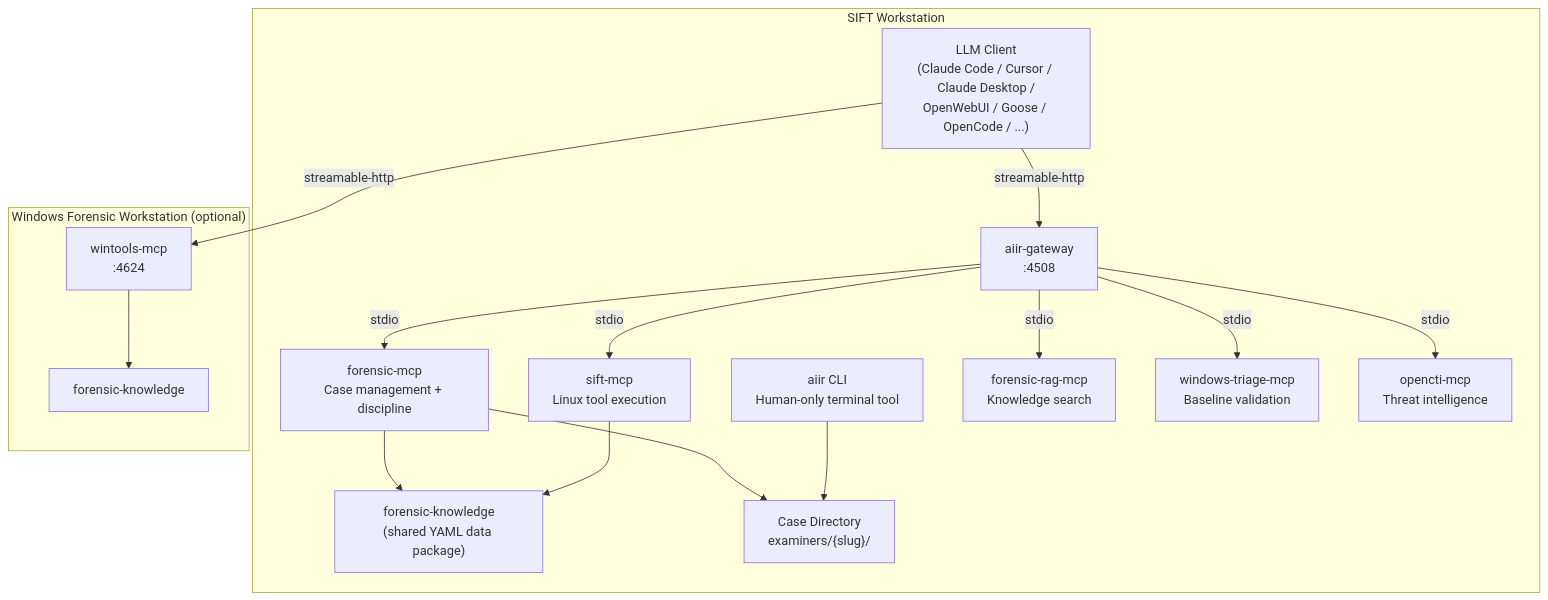
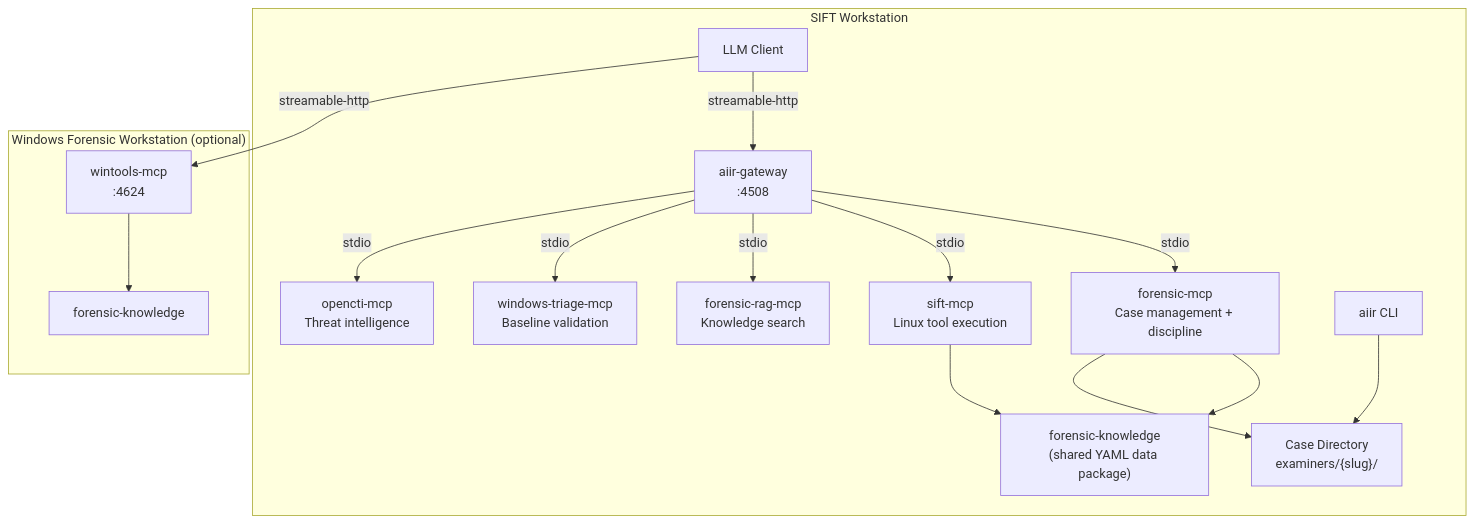
Before and after one commit to AppliedIR/aiir: the first of 5 diagrams in README.md, drawn with Mermaid.

Commit message:
simplify component map: LLM Client label, force same rank with CLI

````diff
--- a/README.md
+++ b/README.md
@@ -11,34 +11,35 @@
 ```mermaid
 graph TB
     subgraph sift ["SIFT Workstation"]
-        CC["LLM Client<br/>(Claude Code / Cursor / Claude Desktop /<br/>OpenWebUI / Goose / OpenCode / ...)"]
-        CLI["aiir CLI<br/>Human-only terminal tool"]
+        CC["LLM Client"]
+        CLI["aiir CLI"]
+        CC ~~~ CLI
         GW["aiir-gateway<br/>:4508"]
         FM["forensic-mcp<br/>Case management + discipline"]
         SM["sift-mcp<br/>Linux tool execution"]
         FR["forensic-rag-mcp<br/>Knowledge search"]
         WTR["windows-triage-mcp<br/>Baseline validation"]
         OC["opencti-mcp<br/>Threat intelligence"]
         FK["forensic-knowledge<br/>(shared YAML data package)"]
         CASE["Case Directory<br/>examiners/{slug}/"]
 
         CC -->|"streamable-http"| GW
         GW -->|stdio| FM
         GW -->|stdio| SM
         GW -->|stdio| FR
         GW -->|stdio| WTR
         GW -->|stdio| OC
         FM --> FK
         SM --> FK
         FM --> CASE
         CLI --> CASE
     end
 
     subgraph winbox ["Windows Forensic Workstation (optional)"]
         WT["wintools-mcp<br/>:4624"]
         FK2["forensic-knowledge"]
         WT --> FK2
     end
 
     CC -->|"streamable-http"| WT
 ```
````
